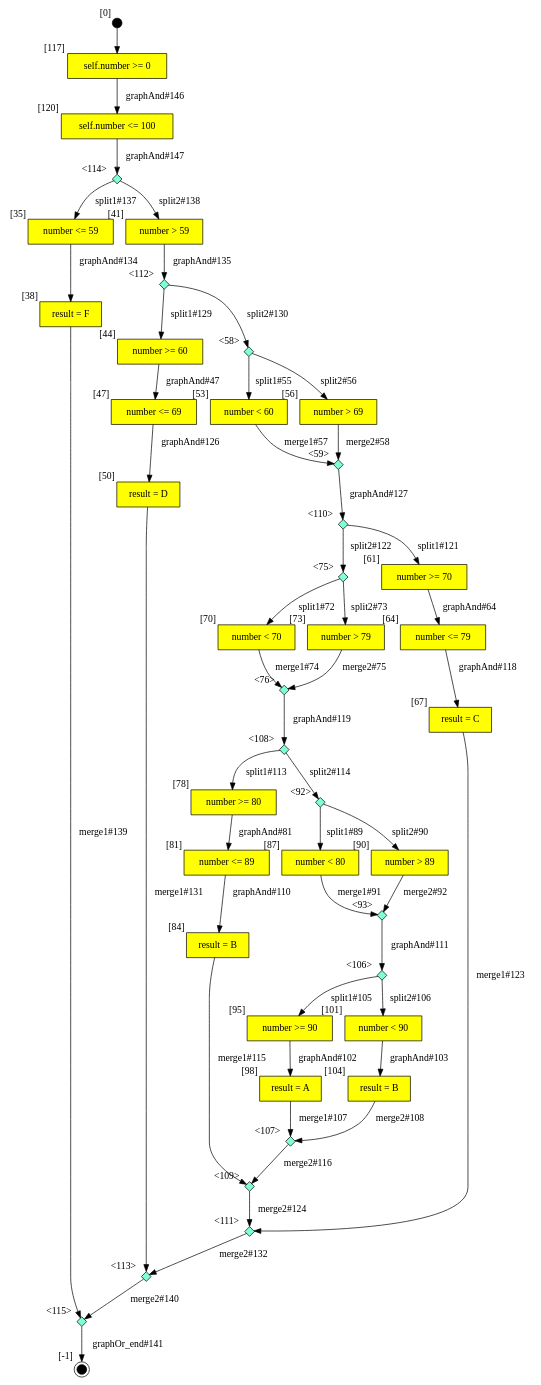
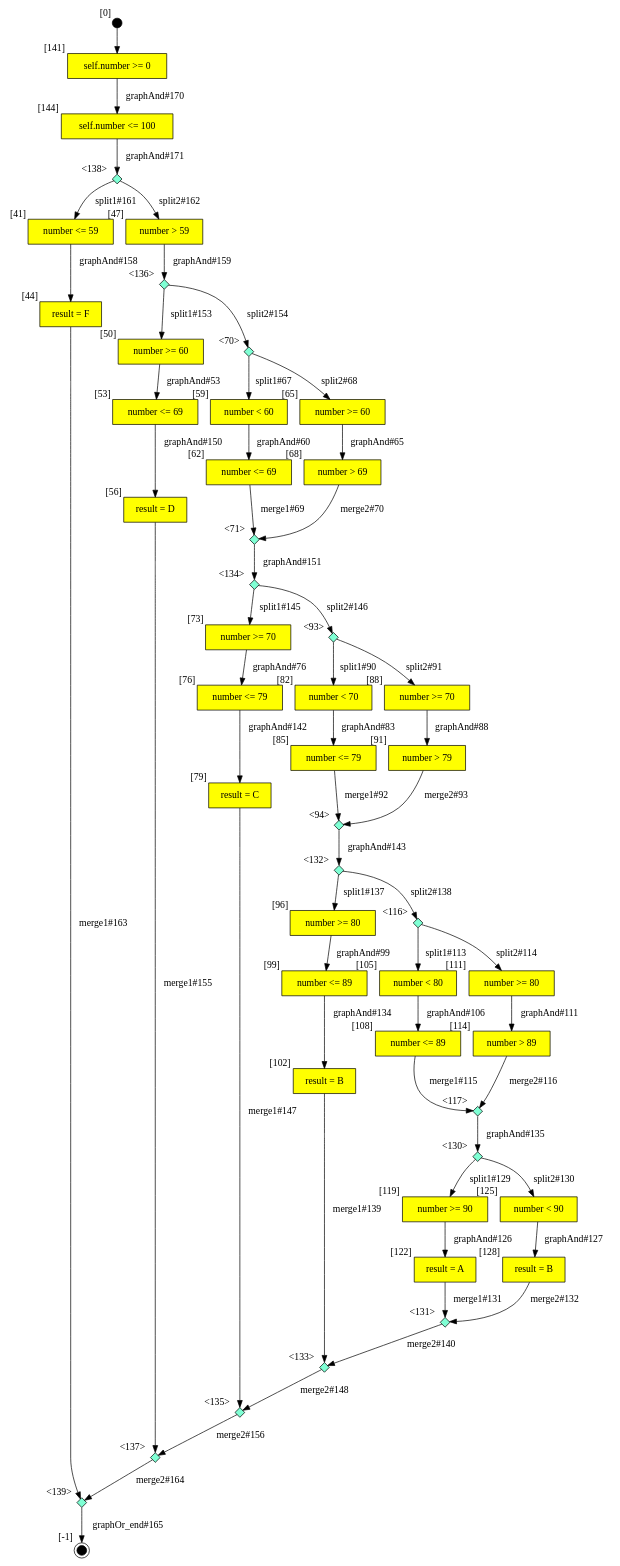
Before and after one commit to SamHseih/ocl-testcase-generator: the diagram in output/CLG/Grade/tcgen_Grade_rating_DCC.dot, drawn with Graphviz. The commit also changed 2175 other files, not shown here.

```diff
--- a/output/CLG/Grade/tcgen_Grade_rating_DCC.dot
+++ b/output/CLG/Grade/tcgen_Grade_rating_DCC.dot
@@ -1,93 +1,105 @@
 digraph CLG {
-  64 [shape="box", label="number <= 79", style=filled, fillcolor=yellow, xlabel="[64]"];
-  67 [shape="box", label="result = C", style=filled, fillcolor=yellow, xlabel="[67]"];
-  70 [shape="box", label="number < 70", style=filled, fillcolor=yellow, xlabel="[70]"];
-  73 [shape="box", label="number > 79", style=filled, fillcolor=yellow, xlabel="[73]"];
-  75 [shape="diamond", label="", xlabel="<75>", style=filled, fillcolor=aquamarine, fixedsize=true, width=.2, height=.2];
-  76 [shape="diamond", label="", xlabel="<76>", style=filled, fillcolor=aquamarine, fixedsize=true, width=.2, height=.2];
-  78 [shape="box", label="number >= 80", style=filled, fillcolor=yellow, xlabel="[78]"];
-  81 [shape="box", label="number <= 89", style=filled, fillcolor=yellow, xlabel="[81]"];
-  84 [shape="box", label="result = B", style=filled, fillcolor=yellow, xlabel="[84]"];
-  87 [shape="box", label="number < 80", style=filled, fillcolor=yellow, xlabel="[87]"];
-  90 [shape="box", label="number > 89", style=filled, fillcolor=yellow, xlabel="[90]"];
-  92 [shape="diamond", label="", xlabel="<92>", style=filled, fillcolor=aquamarine, fixedsize=true, width=.2, height=.2];
+  128 [shape="box", label="result = B", style=filled, fillcolor=yellow, xlabel="[128]"];
+  129 [style=filled, fillcolor=black, shape="doublecircle", label="", fixedsize=true, width=.2, height=.2, xlabel="[-1]"];
+  130 [shape="diamond", label="", xlabel="<130>", style=filled, fillcolor=aquamarine, fixedsize=true, width=.2, height=.2];
+  131 [shape="diamond", label="", xlabel="<131>", style=filled, fillcolor=aquamarine, fixedsize=true, width=.2, height=.2];
+  132 [shape="diamond", label="", xlabel="<132>", style=filled, fillcolor=aquamarine, fixedsize=true, width=.2, height=.2];
+  133 [shape="diamond", label="", xlabel="<133>", style=filled, fillcolor=aquamarine, fixedsize=true, width=.2, height=.2];
+  134 [shape="diamond", label="", xlabel="<134>", style=filled, fillcolor=aquamarine, fixedsize=true, width=.2, height=.2];
+  135 [shape="diamond", label="", xlabel="<135>", style=filled, fillcolor=aquamarine, fixedsize=true, width=.2, height=.2];
+  136 [shape="diamond", label="", xlabel="<136>", style=filled, fillcolor=aquamarine, fixedsize=true, width=.2, height=.2];
+  137 [shape="diamond", label="", xlabel="<137>", style=filled, fillcolor=aquamarine, fixedsize=true, width=.2, height=.2];
+  138 [shape="diamond", label="", xlabel="<138>", style=filled, fillcolor=aquamarine, fixedsize=true, width=.2, height=.2];
+  139 [shape="diamond", label="", xlabel="<139>", style=filled, fillcolor=aquamarine, fixedsize=true, width=.2, height=.2];
+  140 [style=filled, fillcolor=black, shape="circle", label="", fixedsize=true, width=.2, height=.2, xlabel="[0]"];
+  141 [shape="box", label="self.number >= 0", style=filled, fillcolor=yellow, xlabel="[141]"];
+  144 [shape="box", label="self.number <= 100", style=filled, fillcolor=yellow, xlabel="[144]"];
+  41 [shape="box", label="number <= 59", style=filled, fillcolor=yellow, xlabel="[41]"];
+  44 [shape="box", label="result = F", style=filled, fillcolor=yellow, xlabel="[44]"];
+  47 [shape="box", label="number > 59", style=filled, fillcolor=yellow, xlabel="[47]"];
+  50 [shape="box", label="number >= 60", style=filled, fillcolor=yellow, xlabel="[50]"];
+  53 [shape="box", label="number <= 69", style=filled, fillcolor=yellow, xlabel="[53]"];
+  56 [shape="box", label="result = D", style=filled, fillcolor=yellow, xlabel="[56]"];
+  59 [shape="box", label="number < 60", style=filled, fillcolor=yellow, xlabel="[59]"];
+  62 [shape="box", label="number <= 69", style=filled, fillcolor=yellow, xlabel="[62]"];
+  65 [shape="box", label="number >= 60", style=filled, fillcolor=yellow, xlabel="[65]"];
+  68 [shape="box", label="number > 69", style=filled, fillcolor=yellow, xlabel="[68]"];
+  70 [shape="diamond", label="", xlabel="<70>", style=filled, fillcolor=aquamarine, fixedsize=true, width=.2, height=.2];
+  71 [shape="diamond", label="", xlabel="<71>", style=filled, fillcolor=aquamarine, fixedsize=true, width=.2, height=.2];
+  73 [shape="box", label="number >= 70", style=filled, fillcolor=yellow, xlabel="[73]"];
+  76 [shape="box", label="number <= 79", style=filled, fillcolor=yellow, xlabel="[76]"];
+  79 [shape="box", label="result = C", style=filled, fillcolor=yellow, xlabel="[79]"];
+  82 [shape="box", label="number < 70", style=filled, fillcolor=yellow, xlabel="[82]"];
+  85 [shape="box", label="number <= 79", style=filled, fillcolor=yellow, xlabel="[85]"];
+  88 [shape="box", label="number >= 70", style=filled, fillcolor=yellow, xlabel="[88]"];
+  91 [shape="box", label="number > 79", style=filled, fillcolor=yellow, xlabel="[91]"];
   93 [shape="diamond", label="", xlabel="<93>", style=filled, fillcolor=aquamarine, fixedsize=true, width=.2, height=.2];
-  95 [shape="box", label="number >= 90", style=filled, fillcolor=yellow, xlabel="[95]"];
-  98 [shape="box", label="result = A", style=filled, fillcolor=yellow, xlabel="[98]"];
-  35 [shape="box", label="number <= 59", style=filled, fillcolor=yellow, xlabel="[35]"];
-  101 [shape="box", label="number < 90", style=filled, fillcolor=yellow, xlabel="[101]"];
-  38 [shape="box", label="result = F", style=filled, fillcolor=yellow, xlabel="[38]"];
-  104 [shape="box", label="result = B", style=filled, fillcolor=yellow, xlabel="[104]"];
-  41 [shape="box", label="number > 59", style=filled, fillcolor=yellow, xlabel="[41]"];
-  105 [style=filled, fillcolor=black, shape="doublecircle", label="", fixedsize=true, width=.2, height=.2, xlabel="[-1]"];
-  106 [shape="diamond", label="", xlabel="<106>", style=filled, fillcolor=aquamarine, fixedsize=true, width=.2, height=.2];
-  107 [shape="diamond", label="", xlabel="<107>", style=filled, fillcolor=aquamarine, fixedsize=true, width=.2, height=.2];
-  44 [shape="box", label="number >= 60", style=filled, fillcolor=yellow, xlabel="[44]"];
-  108 [shape="diamond", label="", xlabel="<108>", style=filled, fillcolor=aquamarine, fixedsize=true, width=.2, height=.2];
-  109 [shape="diamond", label="", xlabel="<109>", style=filled, fillcolor=aquamarine, fixedsize=true, width=.2, height=.2];
-  110 [shape="diamond", label="", xlabel="<110>", style=filled, fillcolor=aquamarine, fixedsize=true, width=.2, height=.2];
-  47 [shape="box", label="number <= 69", style=filled, fillcolor=yellow, xlabel="[47]"];
-  111 [shape="diamond", label="", xlabel="<111>", style=filled, fillcolor=aquamarine, fixedsize=true, width=.2, height=.2];
-  112 [shape="diamond", label="", xlabel="<112>", style=filled, fillcolor=aquamarine, fixedsize=true, width=.2, height=.2];
-  113 [shape="diamond", label="", xlabel="<113>", style=filled, fillcolor=aquamarine, fixedsize=true, width=.2, height=.2];
-  50 [shape="box", label="result = D", style=filled, fillcolor=yellow, xlabel="[50]"];
-  114 [shape="diamond", label="", xlabel="<114>", style=filled, fillcolor=aquamarine, fixedsize=true, width=.2, height=.2];
-  115 [shape="diamond", label="", xlabel="<115>", style=filled, fillcolor=aquamarine, fixedsize=true, width=.2, height=.2];
-  116 [style=filled, fillcolor=black, shape="circle", label="", fixedsize=true, width=.2, height=.2, xlabel="[0]"];
-  117 [shape="box", label="self.number >= 0", style=filled, fillcolor=yellow, xlabel="[117]"];
-  53 [shape="box", label="number < 60", style=filled, fillcolor=yellow, xlabel="[53]"];
-  120 [shape="box", label="self.number <= 100", style=filled, fillcolor=yellow, xlabel="[120]"];
-  56 [shape="box", label="number > 69", style=filled, fillcolor=yellow, xlabel="[56]"];
-  58 [shape="diamond", label="", xlabel="<58>", style=filled, fillcolor=aquamarine, fixedsize=true, width=.2, height=.2];
-  59 [shape="diamond", label="", xlabel="<59>", style=filled, fillcolor=aquamarine, fixedsize=true, width=.2, height=.2];
-  61 [shape="box", label="number >= 70", style=filled, fillcolor=yellow, xlabel="[61]"];
-  112 -> 44[label="split1#129"];
-  112 -> 58[label="split2#130"];
-  50 -> 113[label="merge1#131"];
-  111 -> 113[label="merge2#132"];
-  35 -> 38[label="graphAnd#134"];
-  41 -> 112[label="graphAnd#135"];
-  114 -> 35[label="split1#137"];
-  114 -> 41[label="split2#138"];
-  38 -> 115[label="merge1#139"];
-  113 -> 115[label="merge2#140"];
-  115 -> 105[label="graphOr_end#141"];
-  116 -> 117;
-  117 -> 120[label="graphAnd#146"];
-  120 -> 114[label="graphAnd#147"];
-  44 -> 47[label="graphAnd#47"];
-  58 -> 53[label="split1#55"];
-  58 -> 56[label="split2#56"];
-  53 -> 59[label="merge1#57"];
-  56 -> 59[label="merge2#58"];
-  61 -> 64[label="graphAnd#64"];
-  75 -> 70[label="split1#72"];
-  75 -> 73[label="split2#73"];
-  70 -> 76[label="merge1#74"];
-  73 -> 76[label="merge2#75"];
-  78 -> 81[label="graphAnd#81"];
-  92 -> 87[label="split1#89"];
-  92 -> 90[label="split2#90"];
-  87 -> 93[label="merge1#91"];
-  90 -> 93[label="merge2#92"];
-  95 -> 98[label="graphAnd#102"];
-  101 -> 104[label="graphAnd#103"];
-  106 -> 95[label="split1#105"];
-  106 -> 101[label="split2#106"];
-  98 -> 107[label="merge1#107"];
-  104 -> 107[label="merge2#108"];
-  81 -> 84[label="graphAnd#110"];
-  93 -> 106[label="graphAnd#111"];
-  108 -> 78[label="split1#113"];
-  108 -> 92[label="split2#114"];
-  84 -> 109[label="merge1#115"];
-  107 -> 109[label="merge2#116"];
-  64 -> 67[label="graphAnd#118"];
-  76 -> 108[label="graphAnd#119"];
-  110 -> 61[label="split1#121"];
-  110 -> 75[label="split2#122"];
-  67 -> 111[label="merge1#123"];
-  109 -> 111[label="merge2#124"];
-  47 -> 50[label="graphAnd#126"];
-  59 -> 110[label="graphAnd#127"];
+  94 [shape="diamond", label="", xlabel="<94>", style=filled, fillcolor=aquamarine, fixedsize=true, width=.2, height=.2];
+  96 [shape="box", label="number >= 80", style=filled, fillcolor=yellow, xlabel="[96]"];
+  99 [shape="box", label="number <= 89", style=filled, fillcolor=yellow, xlabel="[99]"];
+  102 [shape="box", label="result = B", style=filled, fillcolor=yellow, xlabel="[102]"];
+  105 [shape="box", label="number < 80", style=filled, fillcolor=yellow, xlabel="[105]"];
+  108 [shape="box", label="number <= 89", style=filled, fillcolor=yellow, xlabel="[108]"];
+  111 [shape="box", label="number >= 80", style=filled, fillcolor=yellow, xlabel="[111]"];
+  114 [shape="box", label="number > 89", style=filled, fillcolor=yellow, xlabel="[114]"];
+  116 [shape="diamond", label="", xlabel="<116>", style=filled, fillcolor=aquamarine, fixedsize=true, width=.2, height=.2];
+  117 [shape="diamond", label="", xlabel="<117>", style=filled, fillcolor=aquamarine, fixedsize=true, width=.2, height=.2];
+  119 [shape="box", label="number >= 90", style=filled, fillcolor=yellow, xlabel="[119]"];
+  122 [shape="box", label="result = A", style=filled, fillcolor=yellow, xlabel="[122]"];
+  125 [shape="box", label="number < 90", style=filled, fillcolor=yellow, xlabel="[125]"];
+  130 -> 119[label="split1#129"];
+  130 -> 125[label="split2#130"];
+  122 -> 131[label="merge1#131"];
+  128 -> 131[label="merge2#132"];
+  99 -> 102[label="graphAnd#134"];
+  117 -> 130[label="graphAnd#135"];
+  132 -> 96[label="split1#137"];
+  132 -> 116[label="split2#138"];
+  102 -> 133[label="merge1#139"];
+  131 -> 133[label="merge2#140"];
+  76 -> 79[label="graphAnd#142"];
+  94 -> 132[label="graphAnd#143"];
+  134 -> 73[label="split1#145"];
+  134 -> 93[label="split2#146"];
+  79 -> 135[label="merge1#147"];
+  133 -> 135[label="merge2#148"];
+  53 -> 56[label="graphAnd#150"];
+  71 -> 134[label="graphAnd#151"];
+  136 -> 50[label="split1#153"];
+  136 -> 70[label="split2#154"];
+  56 -> 137[label="merge1#155"];
+  135 -> 137[label="merge2#156"];
+  41 -> 44[label="graphAnd#158"];
+  47 -> 136[label="graphAnd#159"];
+  138 -> 41[label="split1#161"];
+  138 -> 47[label="split2#162"];
+  44 -> 139[label="merge1#163"];
+  137 -> 139[label="merge2#164"];
+  139 -> 129[label="graphOr_end#165"];
+  140 -> 141;
+  141 -> 144[label="graphAnd#170"];
+  144 -> 138[label="graphAnd#171"];
+  50 -> 53[label="graphAnd#53"];
+  59 -> 62[label="graphAnd#60"];
+  65 -> 68[label="graphAnd#65"];
+  70 -> 59[label="split1#67"];
+  70 -> 65[label="split2#68"];
+  62 -> 71[label="merge1#69"];
+  68 -> 71[label="merge2#70"];
+  73 -> 76[label="graphAnd#76"];
+  82 -> 85[label="graphAnd#83"];
+  88 -> 91[label="graphAnd#88"];
+  93 -> 82[label="split1#90"];
+  93 -> 88[label="split2#91"];
+  85 -> 94[label="merge1#92"];
+  91 -> 94[label="merge2#93"];
+  96 -> 99[label="graphAnd#99"];
+  105 -> 108[label="graphAnd#106"];
+  111 -> 114[label="graphAnd#111"];
+  116 -> 105[label="split1#113"];
+  116 -> 111[label="split2#114"];
+  108 -> 117[label="merge1#115"];
+  114 -> 117[label="merge2#116"];
+  119 -> 122[label="graphAnd#126"];
+  125 -> 128[label="graphAnd#127"];
 }
```
